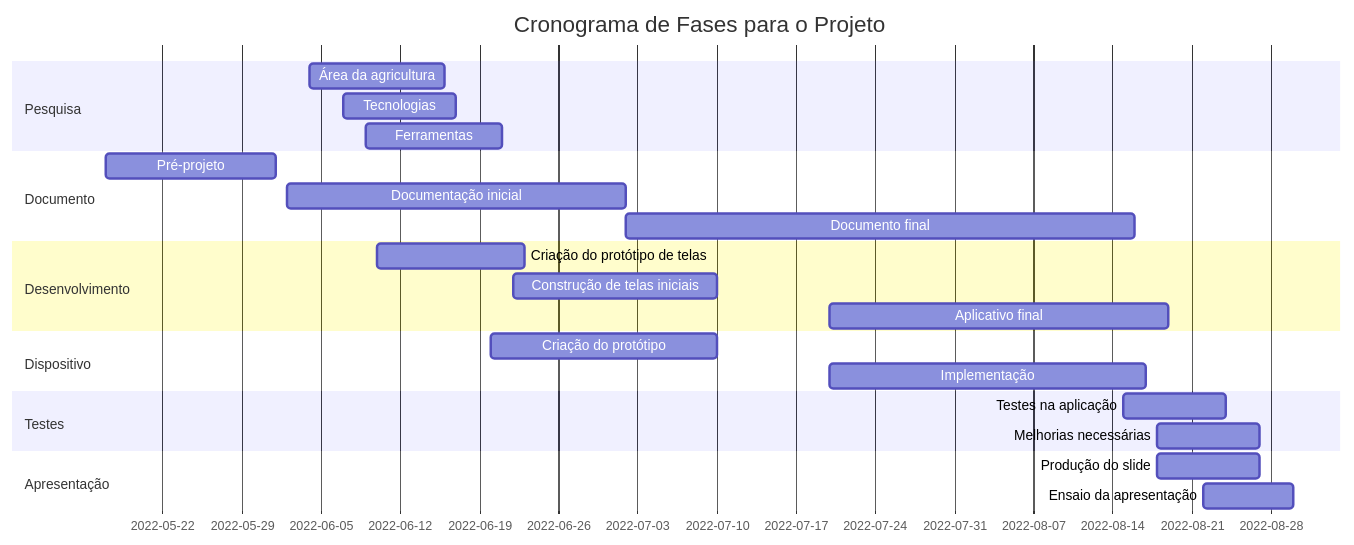
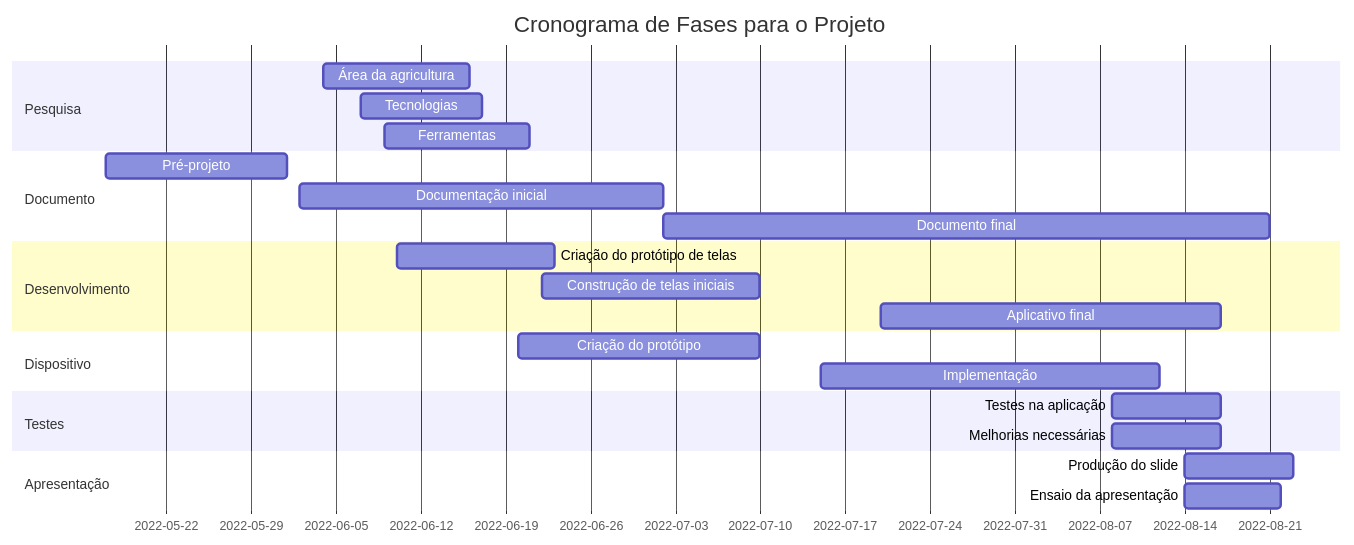
One commit to fernandaTavaresg/ProjetoIntegrador changed the diagram in README.md. Above: the diagram before and after it, drawn with Mermaid.

````diff
--- a/README.md
+++ b/README.md
@@ -18,26 +18,26 @@
 ```mermaid
     gantt
     title Cronograma de Fases para o Projeto
     dateFormat  YYYY-MM-DD
     section Pesquisa
     Área da agricultura     :a1, 2022-06-04, 12d
     Tecnologias             :a2,2022-06-07, 10d
     Ferramentas             :a3,2022-06-09, 12d
     section Documento
     Pré-projeto             :a1, 2022-05-17, 15d
     Documentação inicial    :a2,2022-06-02 , 30d
-    Documento final         :a3,2022-07-02, 45d
+    Documento final         :a3,2022-07-02, 50d
     section Desenvolvimento
     Criação do protótipo de telas   :c2,2022-06-10, 13d
     Construção de telas iniciais    :c3,2022-06-22, 18d
-    Aplicativo final                :c4,2022-07-20, 30d
+    Aplicativo final                :c4,2022-07-20, 28d
      section Dispositivo
     Criação do protótipo            :c2,2022-06-20  , 20d
-    Implementação                   :c3,2022-07-20  , 28d
+    Implementação                   :c3,2022-07-15  , 28d
        section Testes
-    Testes na aplicação             :c2, 2022-08-15, 9d
-    Melhorias necessárias           :c3,2022-08-18, 9d
+    Testes na aplicação             :c2, 2022-08-08, 9d
+    Melhorias necessárias           :c3,2022-08-08, 9d
     section Apresentação
-    Produção do slide               :p1, 2022-08-18, 9d
-    Ensaio da apresentação          :p2, 2022-08-22, 8d   
+    Produção do slide               :p1, 2022-08-14, 9d
+    Ensaio da apresentação          :p2, 2022-08-14, 8d   
 ``` 
````
